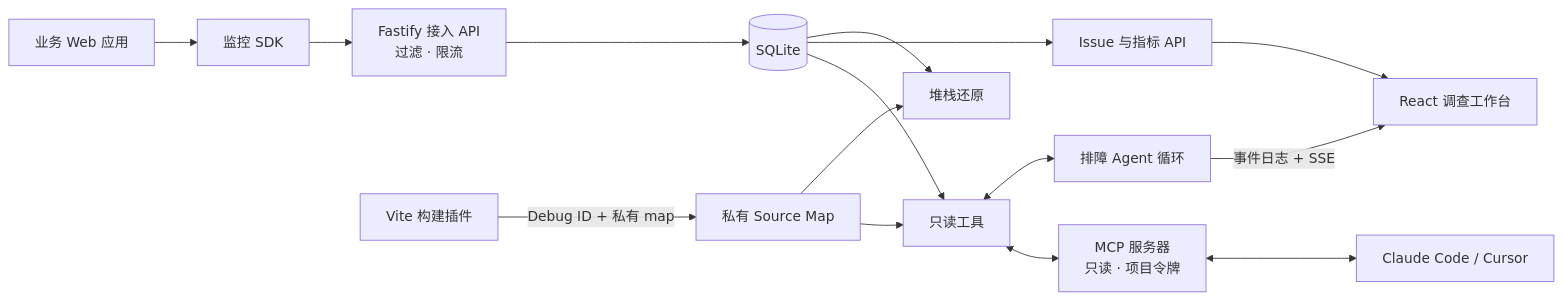
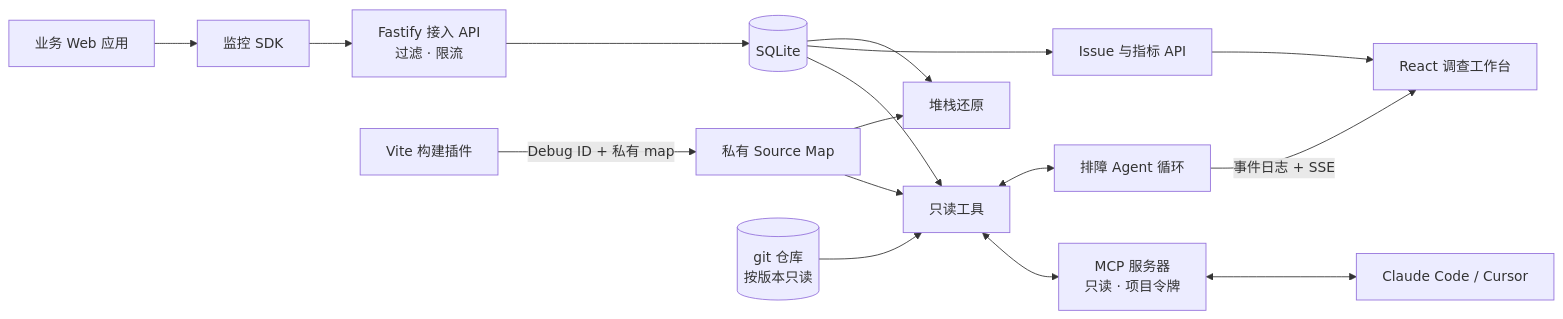
Before and after one commit to guiwzh/tracepilot: the diagram in README.md, drawn with Mermaid. The commit also changed other lines of this file and 33 other files, not shown here.

````diff
--- a/README.md
+++ b/README.md
@@ -252,17 +257,18 @@
 ```mermaid
 flowchart LR
   App[业务 Web 应用] --> SDK[监控 SDK]
   SDK --> Ingest[Fastify 接入 API<br/>过滤 · 限流]
   Ingest --> DB[(SQLite)]
   Build[Vite 构建插件] -- Debug ID + 私有 map --> Maps[私有 Source Map]
   Maps --> Symbolicate[堆栈还原]
   DB --> Symbolicate
   DB --> Query[Issue 与指标 API]
   Query --> UI[React 调查工作台]
   DB --> Tools[只读工具]
+  Repo[(git 仓库<br/>按版本只读)] --> Tools
   Maps --> Tools
   Tools <--> Agent[排障 Agent 循环]
   Agent -- 事件日志 + SSE --> UI
   Tools <--> MCP[MCP 服务器<br/>只读 · 项目令牌]
   MCP <--> Coder[Claude Code / Cursor]
 ```
````
